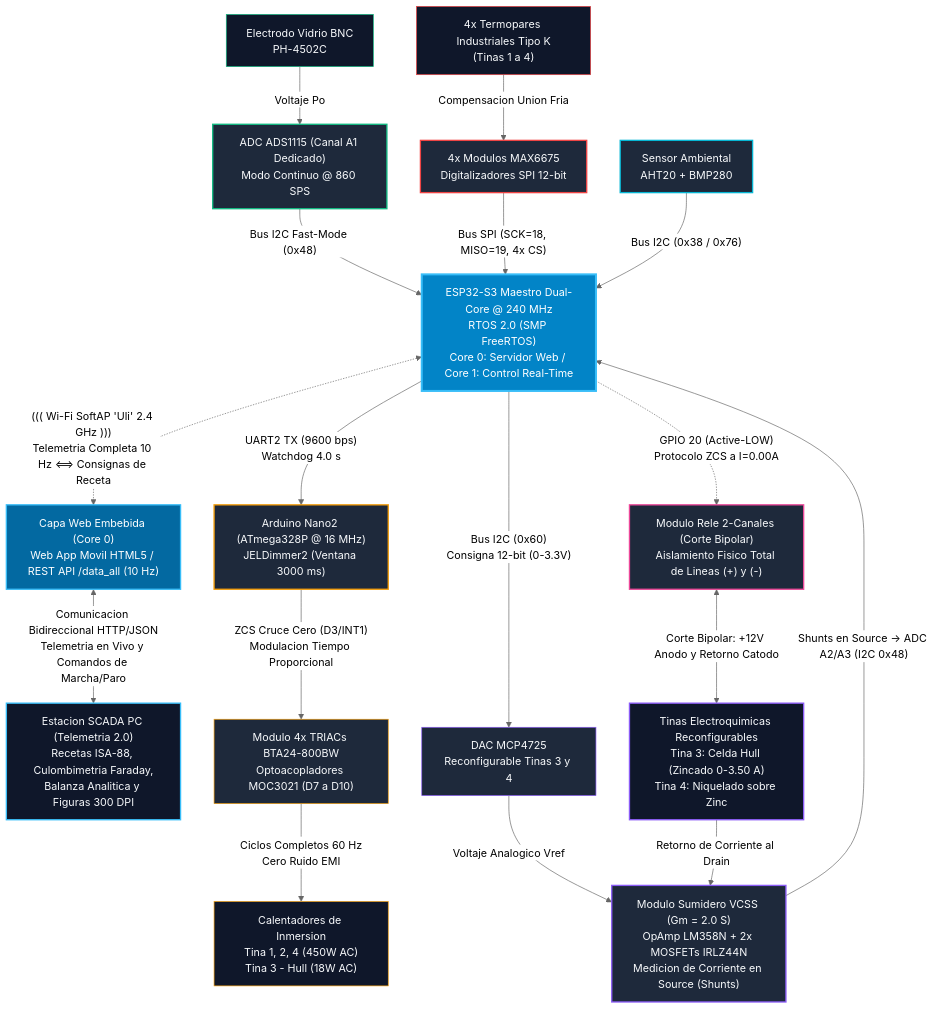
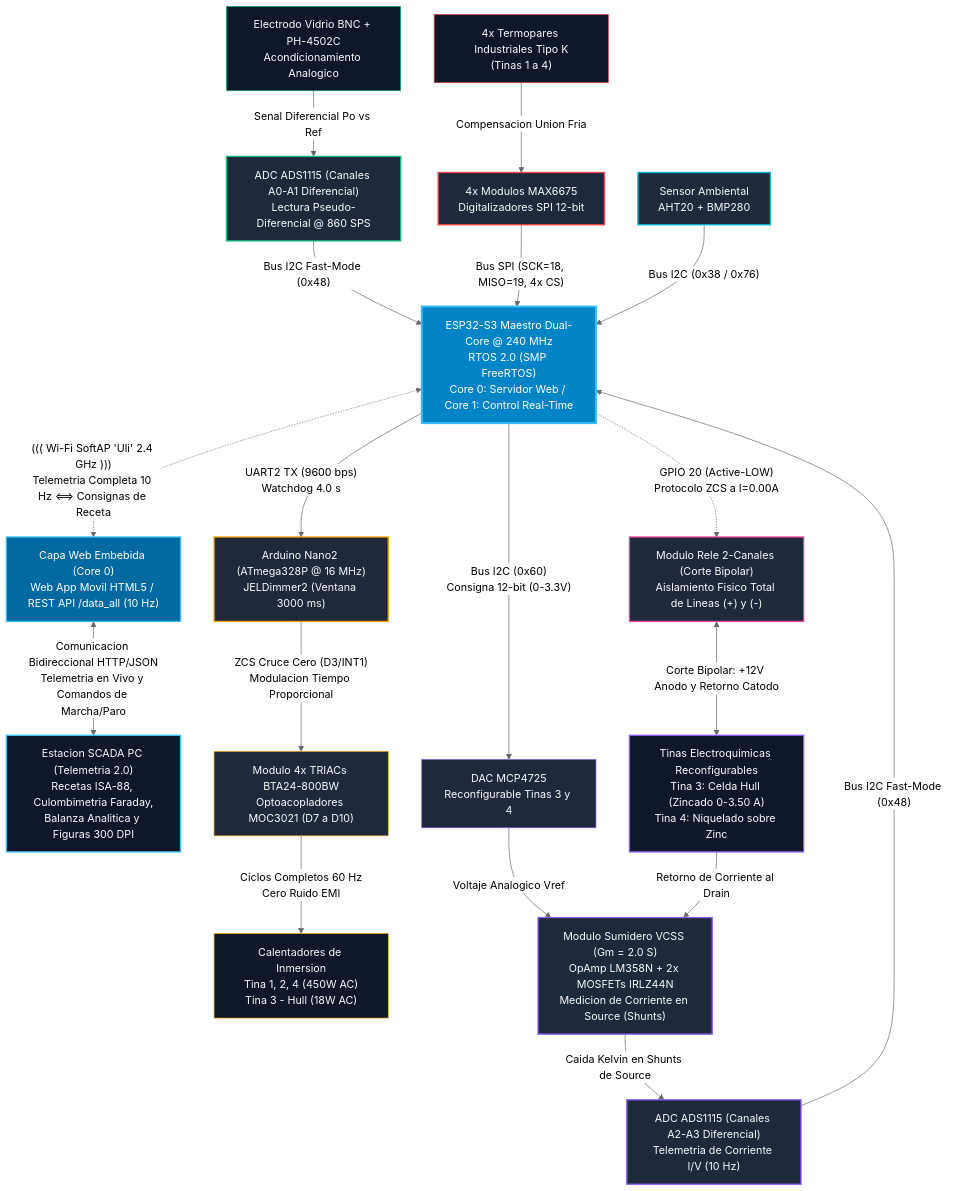
Before and after one commit to Chavacastro98/Proyecto: the diagram in visualizacion/diagramas/rtos/fuentes/00_arquitectura_distribuida.mmd, drawn with Mermaid (neutral theme). The commit also changed 28 other files, not shown here.

Commit message:
docs(diagrams): integrar canales diferenciales ads1115 en arquitectura mermaid, nutrir github pages y corregir tema oscuro en readme

```diff
--- a/visualizacion/diagramas/rtos/fuentes/00_arquitectura_distribuida.mmd
+++ b/visualizacion/diagramas/rtos/fuentes/00_arquitectura_distribuida.mmd
@@ -1,57 +1,59 @@
 flowchart TD
     %% CAPA SUPERIOR: RED INALAMBRICA Y SUPERVISION
     SCADA["Estacion SCADA PC (Telemetria 2.0)<br/>Recetas ISA-88, Culombimetria Faraday,<br/>Balanza Analitica y Figuras 300 DPI"]
     WEB["Capa Web Embebida (Core 0)<br/>Web App Movil HTML5 / REST API /data_all (10 Hz)"]
 
     %% NODO CENTRAL ORQUESTADOR
     ESP["ESP32-S3 Maestro Dual-Core @ 240 MHz<br/>RTOS 2.0 (SMP FreeRTOS)<br/>Core 0: Servidor Web / Core 1: Control Real-Time"]
 
     %% ENLACE INALÁMBRICO BIDIRECCIONAL (HACIA ARRIBA)
     ESP <.->|"((( Wi-Fi SoftAP 'Uli' 2.4 GHz )))<br/>Telemetria Completa 10 Hz <==> Consignas de Receta"| WEB
     WEB <-->|"Comunicacion Bidireccional HTTP/JSON<br/>Telemetria en Vivo y Comandos de Marcha/Paro"| SCADA
 
     %% RAMA 1: CONTROL TERMICO AC (EN CASCADA)
     ESP -->|"UART2 TX (9600 bps)<br/>Watchdog 4.0 s"| NANO["Arduino Nano2 (ATmega328P @ 16 MHz)<br/>JELDimmer2 (Ventana 3000 ms)"]
     NANO -->|"ZCS Cruce Cero (D3/INT1)<br/>Modulacion Tiempo Proporcional"| TRIACS["Modulo 4x TRIACs BTA24-800BW<br/>Optoacopladores MOC3021 (D7 a D10)"]
     TRIACS -->|"Ciclos Completos 60 Hz<br/>Cero Ruido EMI"| CALENTADORES["Calentadores de Inmersion<br/>Tina 1, 2, 4 (450W AC)<br/>Tina 3 - Hull (18W AC)"]
 
     %% RAMA 2: CORRIENTE GALVANICA VCSS (CORTE BIPOLAR + Y -)
     ESP -->|"Bus I2C (0x60)<br/>Consigna 12-bit (0-3.3V)"| DAC["DAC MCP4725<br/>Reconfigurable Tinas 3 y 4"]
     DAC -->|"Voltaje Analogico Vref"| VCSS["Modulo Sumidero VCSS (Gm = 2.0 S)<br/>OpAmp LM358N + 2x MOSFETs IRLZ44N<br/>Medicion de Corriente en Source (Shunts)"]
     ESP -.->|"GPIO 20 (Active-LOW)<br/>Protocolo ZCS a I=0.00A"| RELE["Modulo Rele 2-Canales (Corte Bipolar)<br/>Aislamiento Fisico Total de Lineas (+) y (-)"]
     RELE <-->|"Corte Bipolar: +12V Anodo y Retorno Catodo"| CELDA["Tinas Electroquimicas Reconfigurables<br/>Tina 3: Celda Hull (Zincado 0-3.50 A)<br/>Tina 4: Niquelado sobre Zinc"]
     CELDA -->|"Retorno de Corriente al Drain"| VCSS
-    VCSS -->|"Shunts en Source -> ADC A2/A3 (I2C 0x48)"| ESP
+    VCSS -->|"Caida Kelvin en Shunts de Source"| ADS_CURRENT["ADC ADS1115 (Canales A2-A3 Diferencial)<br/>Telemetria de Corriente I/V (10 Hz)"]
+    ADS_CURRENT -->|"Bus I2C Fast-Mode (0x48)"| ESP
 
     %% RAMA 3: INSTRUMENTACION PH
-    ELECTRODO["Electrodo Vidrio BNC<br/>PH-4502C"] -->|"Voltaje Po"| ADS_PH["ADC ADS1115 (Canal A1 Dedicado)<br/>Modo Continuo @ 860 SPS"]
+    ELECTRODO["Electrodo Vidrio BNC + PH-4502C<br/>Acondicionamiento Analogico"] -->|"Senal Diferencial Po vs Ref"| ADS_PH["ADC ADS1115 (Canales A0-A1 Diferencial)<br/>Lectura Pseudo-Diferencial @ 860 SPS"]
     ADS_PH -->|"Bus I2C Fast-Mode (0x48)"| ESP
 
     %% RAMA 4: TERMOMETRIA
     TERMOS["4x Termopares Industriales Tipo K<br/>(Tinas 1 a 4)"] -->|"Compensacion Union Fria"| MAXS["4x Modulos MAX6675<br/>Digitalizadores SPI 12-bit"]
     MAXS -->|"Bus SPI (SCK=18, MISO=19, 4x CS)"| ESP
 
     %% RAMA 5: AMBIENTE
     AMB["Sensor Ambiental<br/>AHT20 + BMP280"] -->|"Bus I2C (0x38 / 0x76)"| ESP
 
     %% ESTILOS VISUALES
     style ESP fill:#0284c7,stroke:#38bdf8,stroke-width:3px,color:#ffffff
     style SCADA fill:#0f172a,stroke:#38bdf8,stroke-width:2px,color:#f8fafc
     style WEB fill:#0369a1,stroke:#38bdf8,stroke-width:2px,color:#ffffff
 
     style NANO fill:#1e293b,stroke:#f59e0b,stroke-width:2px,color:#f8fafc
     style TRIACS fill:#1e293b,stroke:#f59e0b,stroke-width:1px,color:#f8fafc
     style CALENTADORES fill:#0f172a,stroke:#f59e0b,stroke-width:1px,color:#f8fafc
 
     style DAC fill:#1e293b,stroke:#8b5cf6,stroke-width:1px,color:#f8fafc
     style VCSS fill:#1e293b,stroke:#8b5cf6,stroke-width:2px,color:#f8fafc
     style RELE fill:#1e293b,stroke:#ec4899,stroke-width:2px,color:#f8fafc
     style CELDA fill:#0f172a,stroke:#8b5cf6,stroke-width:2px,color:#f8fafc
+    style ADS_CURRENT fill:#1e293b,stroke:#8b5cf6,stroke-width:2px,color:#f8fafc
 
     style ELECTRODO fill:#0f172a,stroke:#10b981,stroke-width:1px,color:#f8fafc
     style ADS_PH fill:#1e293b,stroke:#10b981,stroke-width:2px,color:#f8fafc
 
     style TERMOS fill:#0f172a,stroke:#ef4444,stroke-width:1px,color:#f8fafc
     style MAXS fill:#1e293b,stroke:#ef4444,stroke-width:2px,color:#f8fafc
 
     style AMB fill:#1e293b,stroke:#06b6d4,stroke-width:2px,color:#f8fafc
```
